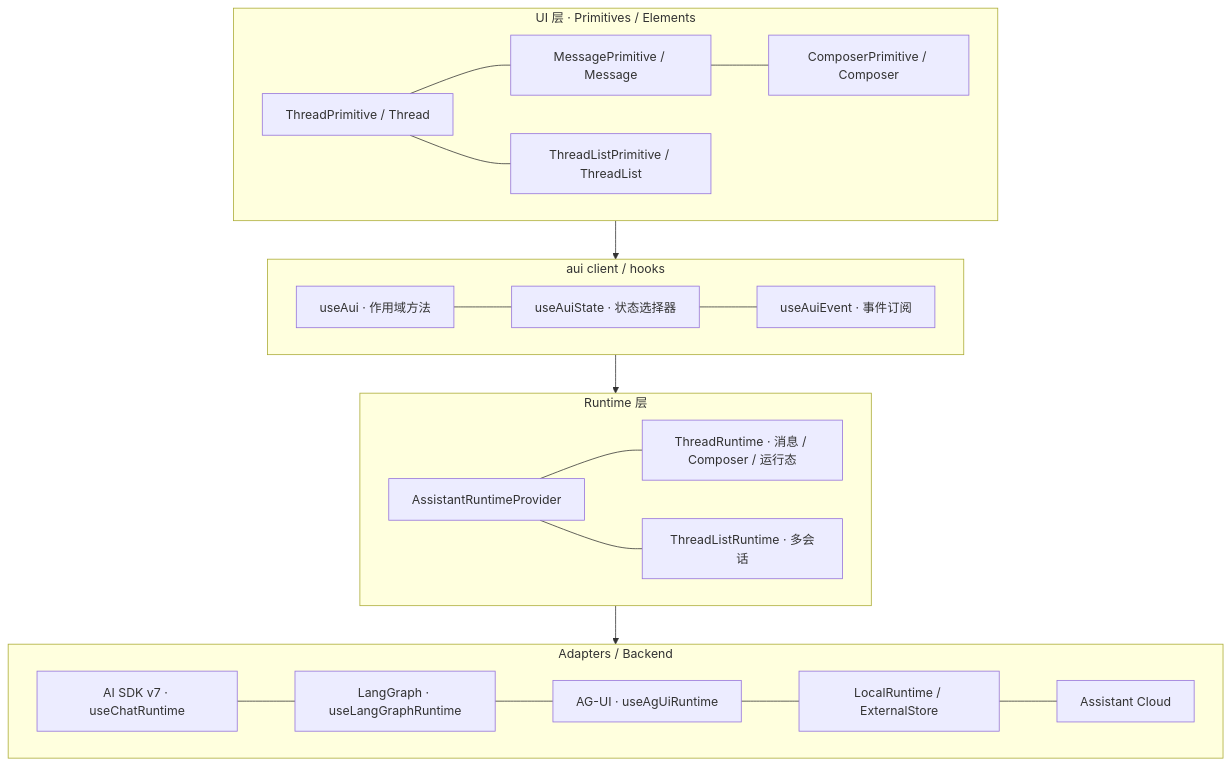
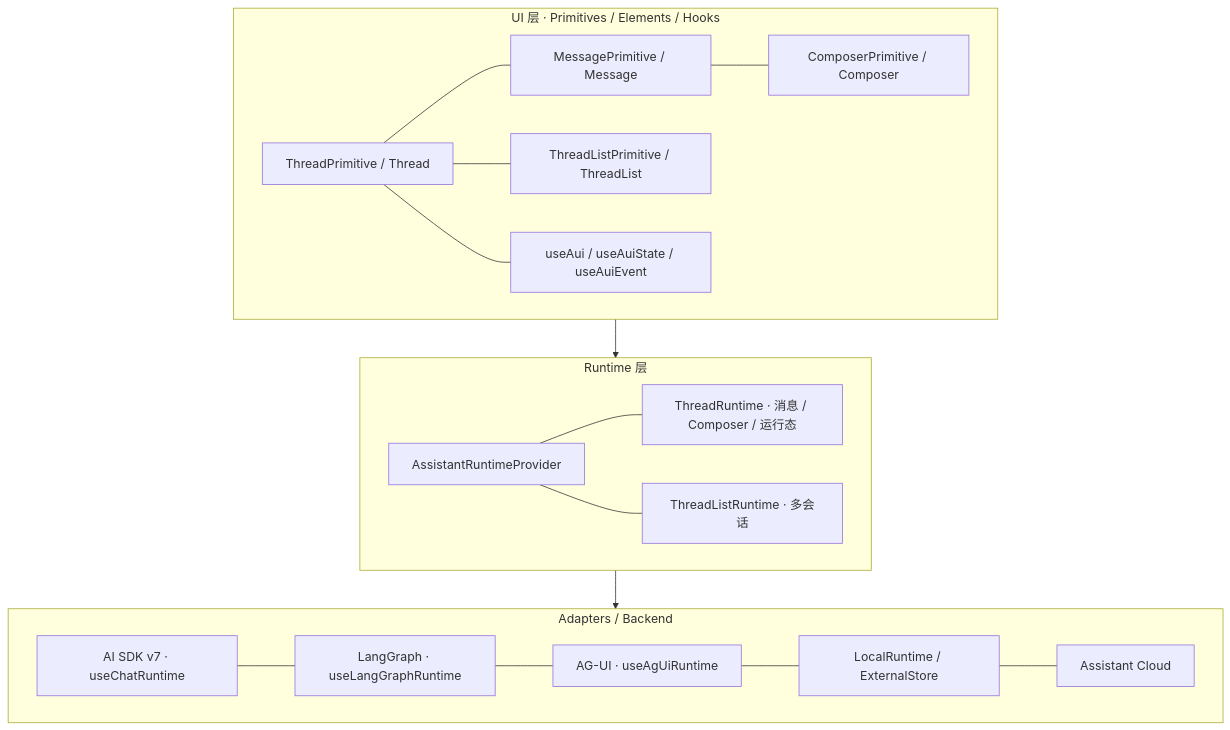
One commit to cp3hnu/cp3hnu.github.io changed the first of 2 diagrams in docs/blog/2026-09-02-assistant-ui.md. Above: the diagram before and after it, drawn with Mermaid. The commit also changed other lines of this file and 2 other files, not shown here.

Commit message:
docs: add assistant-ui runtime

````diff
--- a/docs/blog/2026-09-02-assistant-ui.md
+++ b/docs/blog/2026-09-02-assistant-ui.md
@@ -41,44 +39,37 @@
 ```mermaid
 flowchart TB
-  subgraph UI["UI 层 · Primitives / Elements"]
+  subgraph UI["UI 层 · Primitives / Elements / Hooks"]
     Thread["ThreadPrimitive / Thread"]
     Message["MessagePrimitive / Message"]
     Composer["ComposerPrimitive / Composer"]
     ThreadList["ThreadListPrimitive / ThreadList"]
+    Hooks["useAui / useAuiState / useAuiEvent"]
     Thread --- Message
     Message --- Composer
     Thread --- ThreadList
-  end
-
-  subgraph Hooks["aui client / hooks"]
-    useAui["useAui · 作用域方法"]
-    useAuiState["useAuiState · 状态选择器"]
-    useAuiEvent["useAuiEvent · 事件订阅"]
-    useAui --- useAuiState
-    useAuiState --- useAuiEvent
+    Thread --- Hooks
   end
 
   subgraph Runtime["Runtime 层"]
     ARP["AssistantRuntimeProvider"]
     TR["ThreadRuntime · 消息 / Composer / 运行态"]
     TLR["ThreadListRuntime · 多会话"]
     ARP --- TR
     ARP --- TLR
   end
 
   subgraph Backend["Adapters / Backend"]
     AISDK["AI SDK v7 · useChatRuntime"]
     LG["LangGraph · useLangGraphRuntime"]
     AGUI["AG-UI · useAgUiRuntime"]
     Local["LocalRuntime / ExternalStore"]
     Cloud["Assistant Cloud"]
     AISDK --- LG
     LG --- AGUI
     AGUI --- Local
     Local --- Cloud
   end
 
-  UI --> Hooks
-  Hooks --> Runtime
+  UI --> Runtime
   Runtime --> Backend
 ```
````
